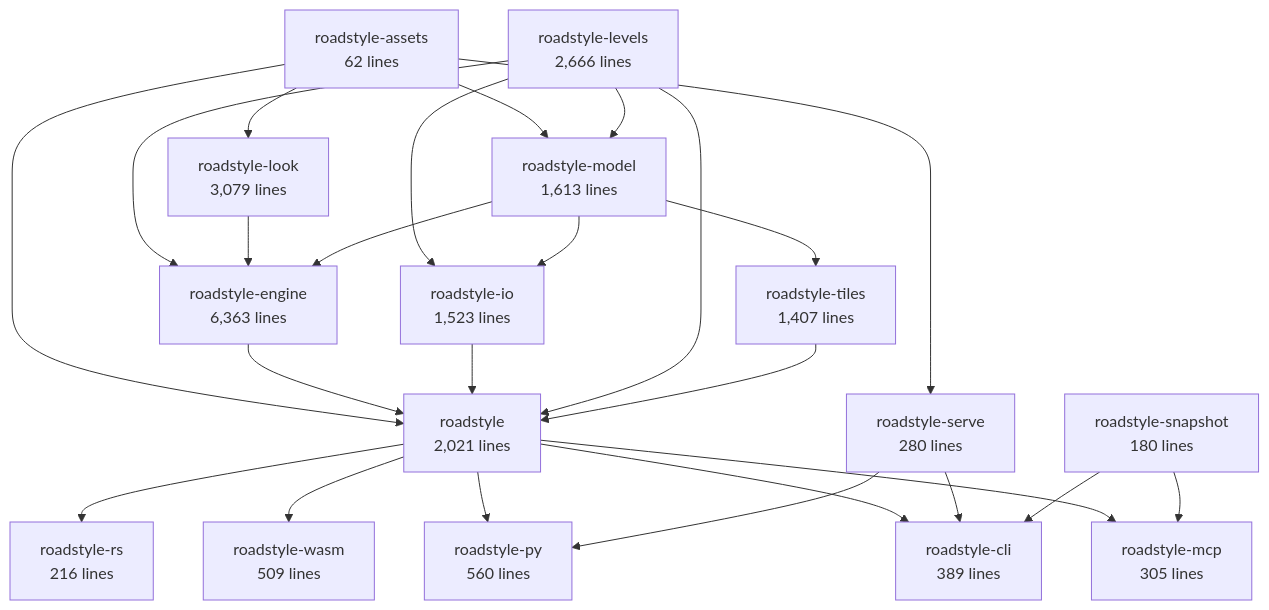
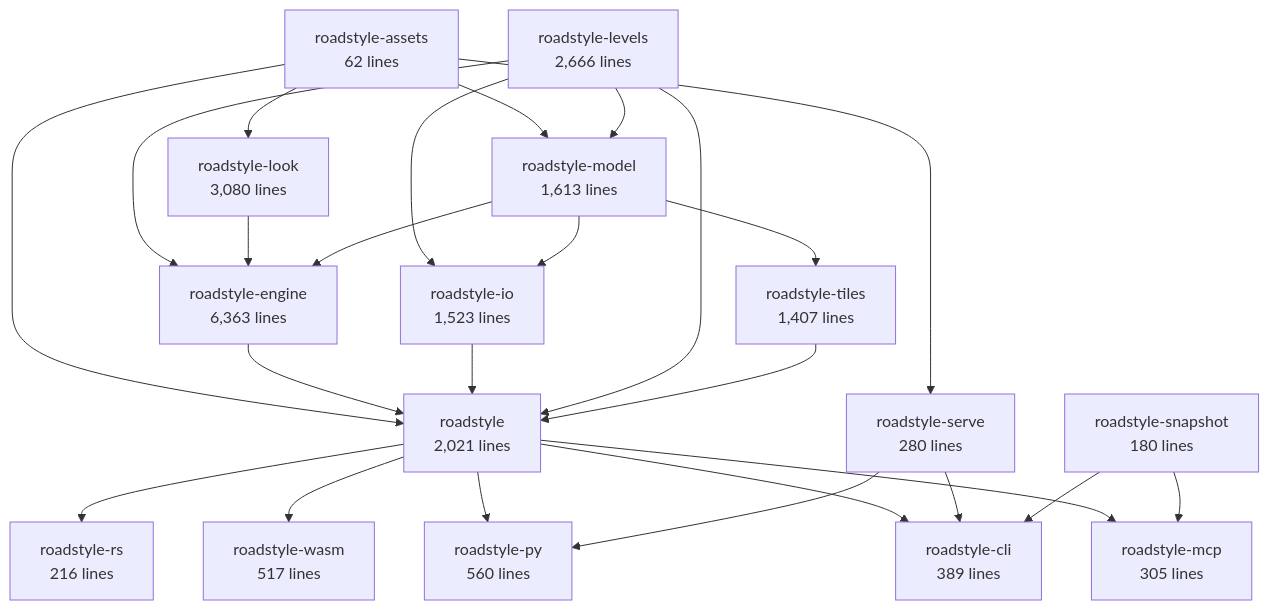
The second of 6 diagrams in docs/rust/architecture.md (Khoshkhah/roadstyle), drawn with Mermaid before and after one commit. The commit also changed other lines of this file and 6 other files, not shown here.

First line of the commit message:
wasm: Look.withArg; the examples use the public API, not a look's JSON fields

````diff
--- a/docs/rust/architecture.md
+++ b/docs/rust/architecture.md
@@ -70,42 +70,42 @@
 ```mermaid
 flowchart TB
     roadstyle_assets["roadstyle-assets<br/>62 lines"]
     roadstyle_model["roadstyle-model<br/>1,613 lines"]
-    roadstyle_look["roadstyle-look<br/>3,079 lines"]
+    roadstyle_look["roadstyle-look<br/>3,080 lines"]
     roadstyle_io["roadstyle-io<br/>1,523 lines"]
     roadstyle_levels["roadstyle-levels<br/>2,666 lines"]
     roadstyle_engine["roadstyle-engine<br/>6,363 lines"]
     roadstyle_tiles["roadstyle-tiles<br/>1,407 lines"]
     roadstyle["roadstyle<br/>2,021 lines"]
     roadstyle_rs["roadstyle-rs<br/>216 lines"]
-    roadstyle_wasm["roadstyle-wasm<br/>509 lines"]
+    roadstyle_wasm["roadstyle-wasm<br/>517 lines"]
     roadstyle_py["roadstyle-py<br/>560 lines"]
     roadstyle_cli["roadstyle-cli<br/>389 lines"]
     roadstyle_mcp["roadstyle-mcp<br/>305 lines"]
     roadstyle_serve["roadstyle-serve<br/>280 lines"]
     roadstyle_snapshot["roadstyle-snapshot<br/>180 lines"]
     roadstyle_assets --> roadstyle_model
     roadstyle_levels --> roadstyle_model
     roadstyle_assets --> roadstyle_look
     roadstyle_levels --> roadstyle_io
     roadstyle_model --> roadstyle_io
     roadstyle_levels --> roadstyle_engine
     roadstyle_look --> roadstyle_engine
     roadstyle_model --> roadstyle_engine
     roadstyle_model --> roadstyle_tiles
     roadstyle_assets --> roadstyle
     roadstyle_engine --> roadstyle
     roadstyle_io --> roadstyle
     roadstyle_levels --> roadstyle
     roadstyle_tiles --> roadstyle
     roadstyle --> roadstyle_rs
     roadstyle --> roadstyle_wasm
     roadstyle --> roadstyle_py
     roadstyle_serve --> roadstyle_py
     roadstyle --> roadstyle_cli
     roadstyle_serve --> roadstyle_cli
     roadstyle_snapshot --> roadstyle_cli
     roadstyle --> roadstyle_mcp
     roadstyle_snapshot --> roadstyle_mcp
     roadstyle_assets --> roadstyle_serve
 ```
````
